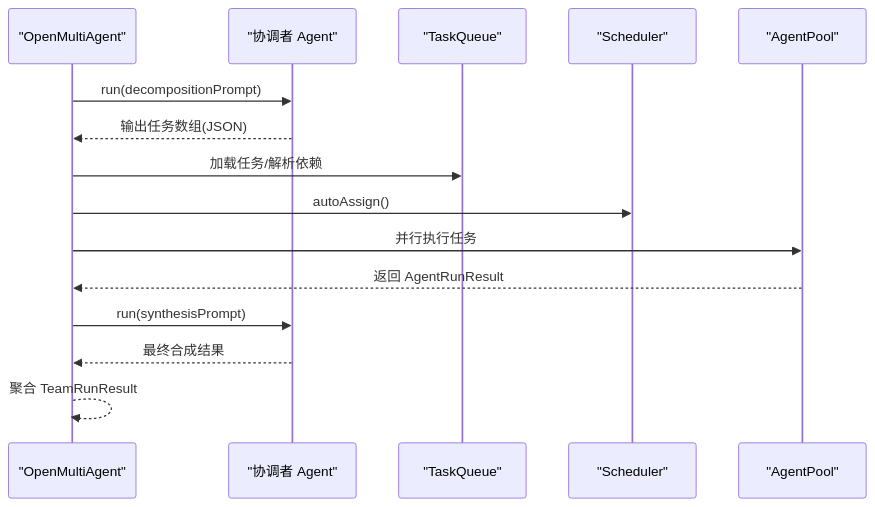
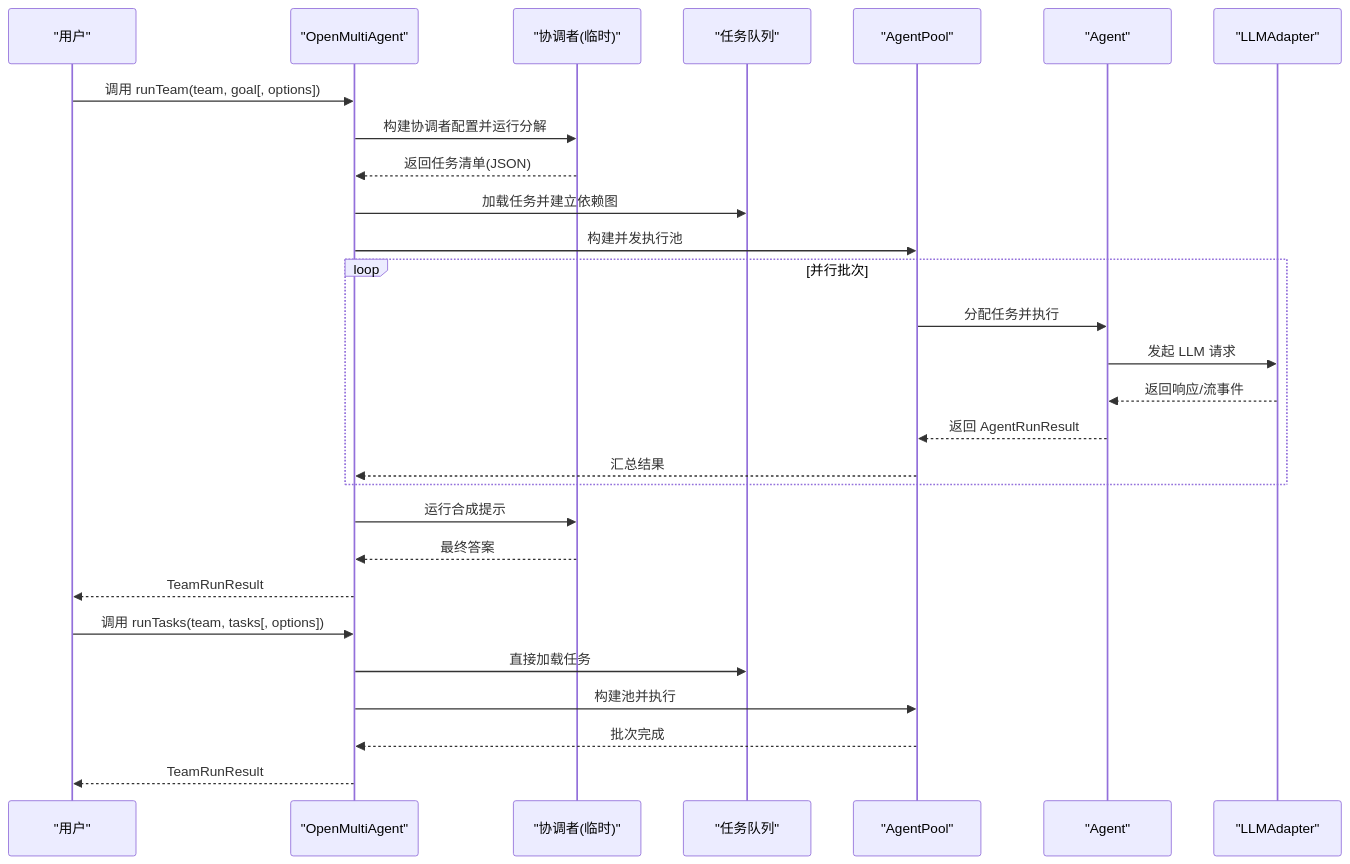
The second of 3 diagrams in .qoder/repowiki/zh/content/API 参考/API 参考.md (haolange/open-multi-agent), drawn with Mermaid before and after one commit. The commit also changed other lines of this file and 100 other files, not shown here.

````diff
--- a/.qoder/repowiki/zh/content/API 参考/API 参考.md
+++ b/.qoder/repowiki/zh/content/API 参考/API 参考.md
@@ -154,17 +76,30 @@
 ```mermaid
 sequenceDiagram
+participant U as "用户"
 participant OM as "OpenMultiAgent"
-participant Coord as "协调者 Agent"
-participant Q as "TaskQueue"
-participant S as "Scheduler"
-participant P as "AgentPool"
-OM->>Coord : run(decompositionPrompt)
-Coord-->>OM : 输出任务数组(JSON)
-OM->>Q : 加载任务/解析依赖
-OM->>S : autoAssign()
-OM->>P : 并行执行任务
-P-->>OM : 返回 AgentRunResult
-OM->>Coord : run(synthesisPrompt)
-Coord-->>OM : 最终合成结果
-OM-->>OM : 聚合 TeamRunResult
+participant CO as "协调者(临时)"
+participant TP as "任务队列"
+participant PO as "AgentPool"
+participant AG as "Agent"
+participant AD as "LLMAdapter"
+U->>OM : 调用 runTeam(team, goal[, options])
+OM->>CO : 构建协调者配置并运行分解
+CO-->>OM : 返回任务清单(JSON)
+OM->>TP : 加载任务并建立依赖图
+OM->>PO : 构建并发执行池
+loop 并行批次
+PO->>AG : 分配任务并执行
+AG->>AD : 发起 LLM 请求
+AD-->>AG : 返回响应/流事件
+AG-->>PO : 返回 AgentRunResult
+PO-->>OM : 汇总结果
+end
+OM->>CO : 运行合成提示
+CO-->>OM : 最终答案
+OM-->>U : TeamRunResult
+U->>OM : 调用 runTasks(team, tasks[, options])
+OM->>TP : 直接加载任务
+OM->>PO : 构建池并执行
+PO-->>OM : 批次完成
+OM-->>U : TeamRunResult
 ```
````
